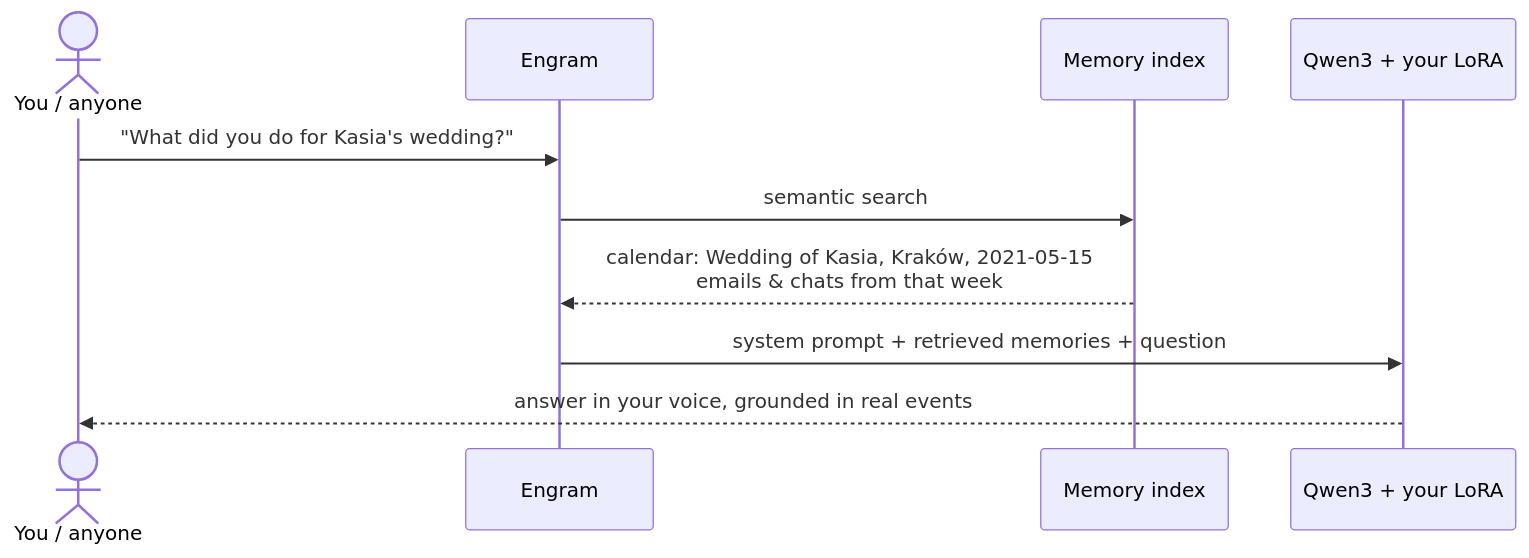
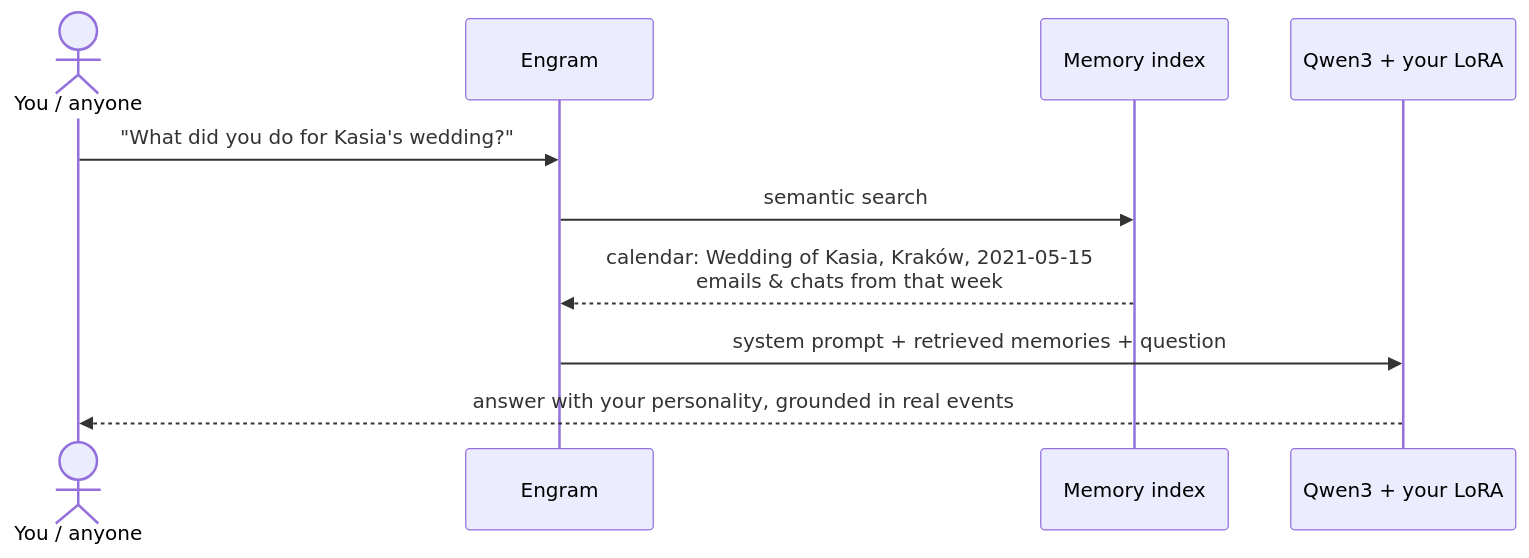
One commit to michaljach/soulkiller changed the second of 2 diagrams in README.md. Above: the diagram before and after it, drawn with Mermaid. The commit also changed other lines of this file, not shown here.

Commit message:
README: personality instead of voice, general wording

````diff
--- a/README.md
+++ b/README.md
@@ -97,12 +97,12 @@
 ```mermaid
 sequenceDiagram
     actor Q as You / anyone
     participant E as Engram
     participant I as Memory index
     participant L as Qwen3 + your LoRA
     Q->>E: "What did you do for Kasia's wedding?"
     E->>I: semantic search
     I-->>E: calendar: Wedding of Kasia, Kraków, 2021-05-15<br/>emails & chats from that week
     E->>L: system prompt + retrieved memories + question
-    L-->>Q: answer in your voice, grounded in real events
+    L-->>Q: answer with your personality, grounded in real events
 ```
````
